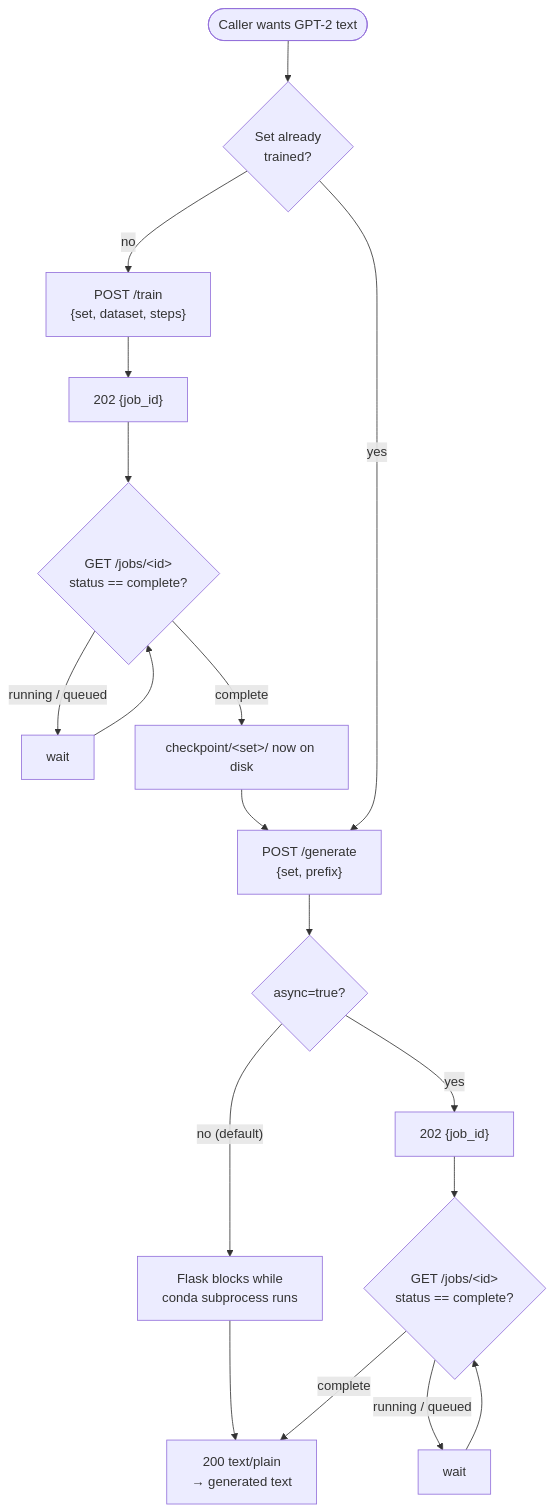
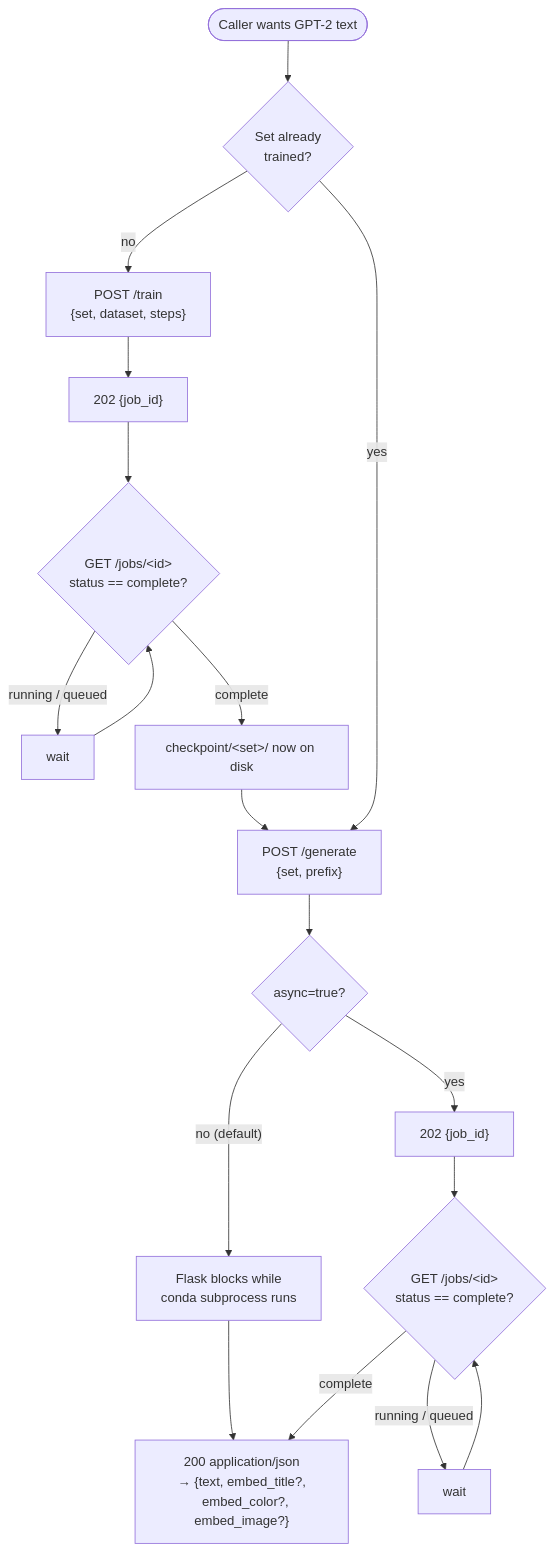
The second of 3 diagrams in README.md (BrodyHarris14/discord_gptbot), drawn with Mermaid before and after one commit. The commit also changed other lines of this file, not shown here.

````diff
--- a/README.md
+++ b/README.md
@@ -87,20 +87,20 @@
 ```mermaid
 flowchart TD
     Start([Caller wants GPT-2 text]) --> QSet{"Set already\ntrained?"}
 
     QSet -->|"no"| Train["POST /train\n{set, dataset, steps}"]
     Train --> TrainAck["202 {job_id}"]
     TrainAck --> PollTrain{"GET /jobs/&lt;id&gt;\nstatus == complete?"}
     PollTrain -->|"running / queued"| WaitT["wait"] --> PollTrain
     PollTrain -->|"complete"| CkptReady["checkpoint/&lt;set&gt;/ now on disk"]
     CkptReady --> Gen
 
     QSet -->|"yes"| Gen["POST /generate\n{set, prefix}"]
     Gen --> Sync{"async=true?"}
     Sync -->|"no (default)"| Block["Flask blocks while\nconda subprocess runs"]
-    Block --> Text["200 text/plain\n→ generated text"]
+    Block --> Text["200 application/json\n→ {text, embed_title?,\n   embed_color?, embed_image?}"]
     Sync -->|"yes"| Queued["202 {job_id}"]
     Queued --> PollGen{"GET /jobs/&lt;id&gt;\nstatus == complete?"}
     PollGen -->|"running / queued"| WaitG["wait"] --> PollGen
     PollGen -->|"complete"| Text
 ```
````
